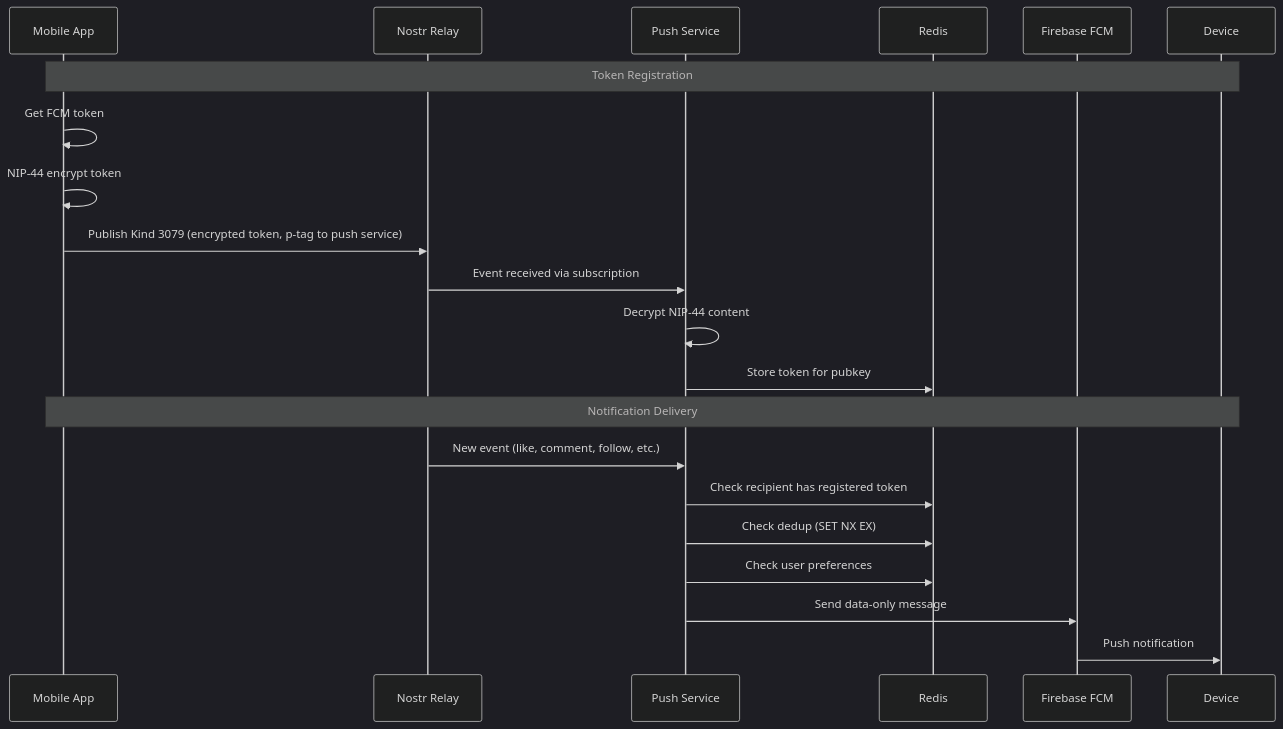
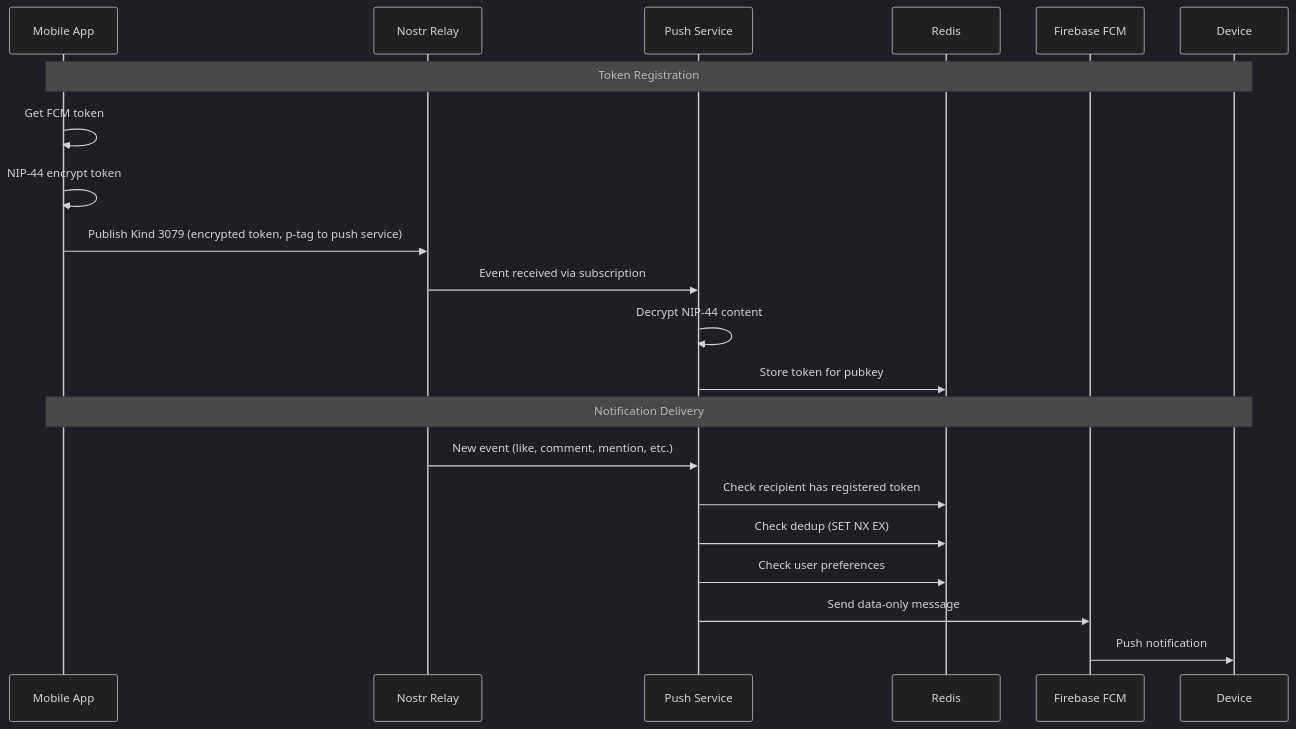
Before and after one commit to divinevideo/divine-push-service: the diagram in docs/developer-guide.md, drawn with Mermaid (dark theme). The commit also changed other lines of this file and 8 other files, not shown here.

First line of the commit message:
fix(push): stop subscribing to unsupported follow lists (#53)

````diff
--- a/docs/developer-guide.md
+++ b/docs/developer-guide.md
@@ -7,25 +7,25 @@
 ```mermaid
 sequenceDiagram
     participant App as Mobile App
     participant Relay as Nostr Relay
     participant Push as Push Service
     participant Redis
     participant FCM as Firebase FCM
     participant Device
 
     Note over App,Device: Token Registration
     App->>App: Get FCM token
     App->>App: NIP-44 encrypt token
     App->>Relay: Publish Kind 3079 (encrypted token, p-tag to push service)
     Relay->>Push: Event received via subscription
     Push->>Push: Decrypt NIP-44 content
     Push->>Redis: Store token for pubkey
 
     Note over App,Device: Notification Delivery
-    Relay->>Push: New event (like, comment, follow, etc.)
+    Relay->>Push: New event (like, comment, mention, etc.)
     Push->>Redis: Check recipient has registered token
     Push->>Redis: Check dedup (SET NX EX)
     Push->>Redis: Check user preferences
     Push->>FCM: Send data-only message
     FCM->>Device: Push notification
 ```
````
